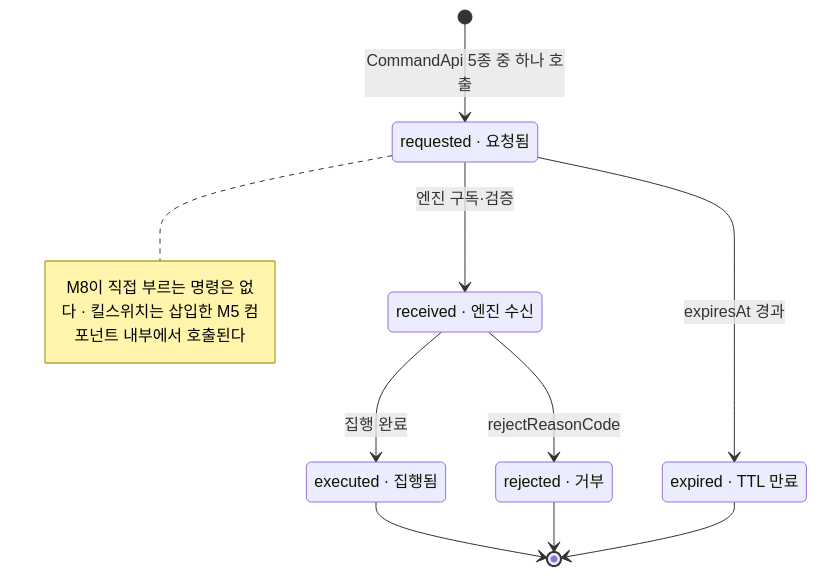
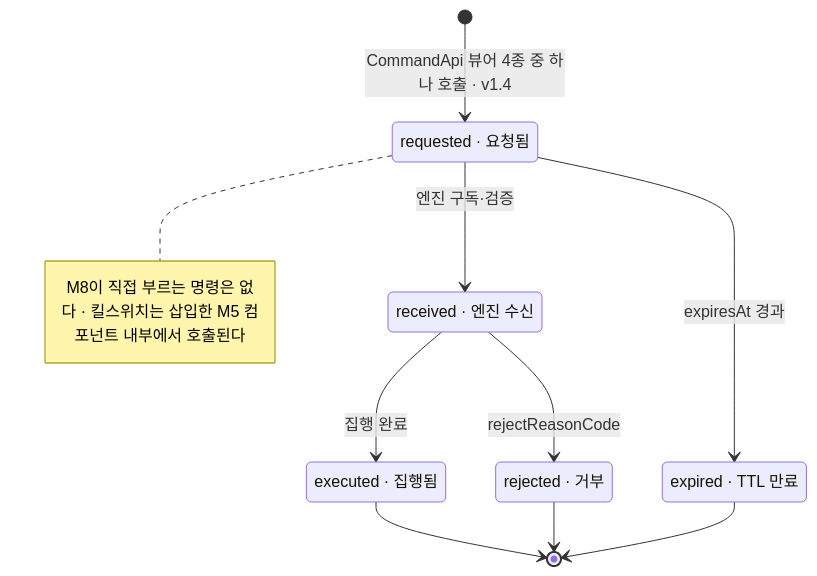
One commit to billybeom/AutoAlphaQuant changed the second of 27 diagrams in docs/ai-context/04_화면명세_M8_셸_운영홈_알림_온보딩.md. Above: the diagram before and after it, drawn with Mermaid. The commit also changed other lines of this file and 19 other files, not shown here.

````diff
--- a/docs/ai-context/04_화면명세_M8_셸_운영홈_알림_온보딩.md
+++ b/docs/ai-context/04_화면명세_M8_셸_운영홈_알림_온보딩.md
@@ -130,17 +130,17 @@
 ```mermaid
 stateDiagram-v2
   state "requested · 요청됨" as REQ
   state "received · 엔진 수신" as RCV
   state "executed · 집행됨" as EXE
   state "rejected · 거부" as REJ
   state "expired · TTL 만료" as EXP
-  [*] --> REQ : CommandApi 5종 중 하나 호출
+  [*] --> REQ : CommandApi 뷰어 4종 중 하나 호출 · v1.4
   REQ --> RCV : 엔진 구독·검증
   RCV --> EXE : 집행 완료
   RCV --> REJ : rejectReasonCode
   REQ --> EXP : expiresAt 경과
   EXE --> [*]
   REJ --> [*]
   EXP --> [*]
   note right of REQ : M8이 직접 부르는 명령은 없다 · 킬스위치는 삽입한 M5 컴포넌트 내부에서 호출된다
 ```
````
